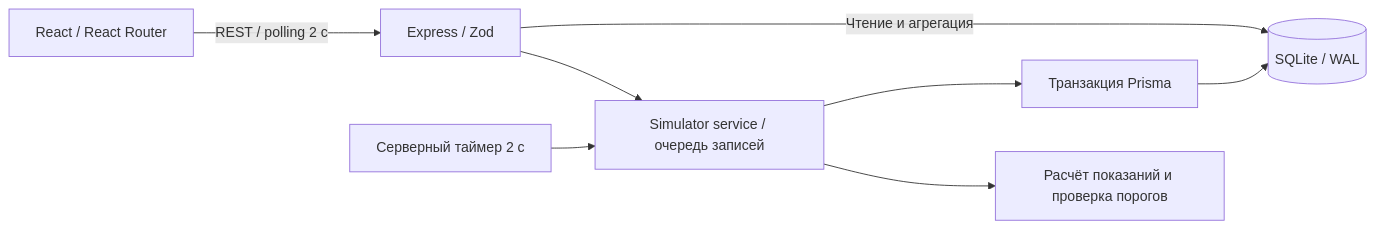
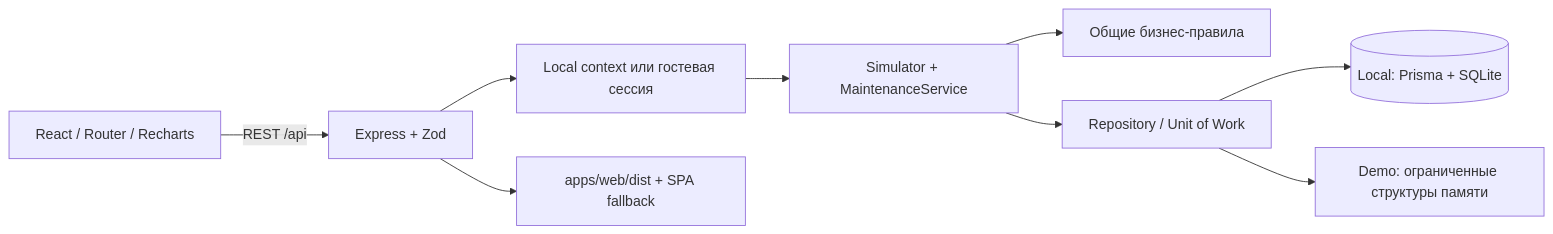
One commit to Primetime26/plantops changed the first of 2 diagrams in README.md. Above: the diagram before and after it, drawn with Mermaid. The commit also changed other lines of this file and 59 other files, not shown here.

Commit message:
Add public demo mode, maintenance workflows, tests and Layero configuration

````diff
--- a/README.md
+++ b/README.md
@@ -85,10 +106,11 @@
 ```mermaid
 flowchart LR
-  UI[React / React Router] -->|REST / polling 2 с| API[Express / Zod]
-  API --> SIM[Simulator service / очередь записей]
-  TIMER[Серверный таймер 2 с] --> SIM
-  SIM --> DOMAIN[Расчёт показаний и проверка порогов]
-  SIM --> REPO[Транзакция Prisma]
-  REPO --> DB[(SQLite / WAL)]
-  API -->|Чтение и агрегация| DB
+  Browser[React / Router / Recharts] -->|REST /api| API[Express + Zod]
+  API --> Session[Local context или гостевая сессия]
+  Session --> Services[Simulator + MaintenanceService]
+  Services --> Domain[Общие бизнес-правила]
+  Services --> Repo[Repository / Unit of Work]
+  Repo --> SQLite[(Local: Prisma + SQLite)]
+  Repo --> Memory[Demo: ограниченные структуры памяти]
+  API --> Static[apps/web/dist + SPA fallback]
 ```
````
